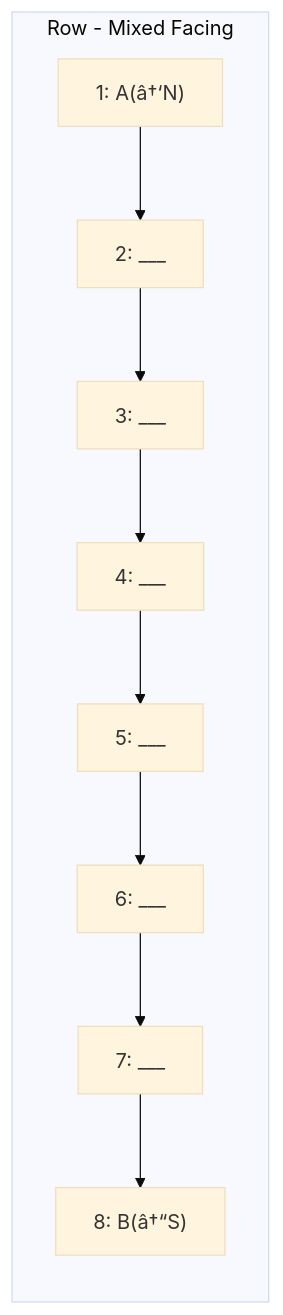
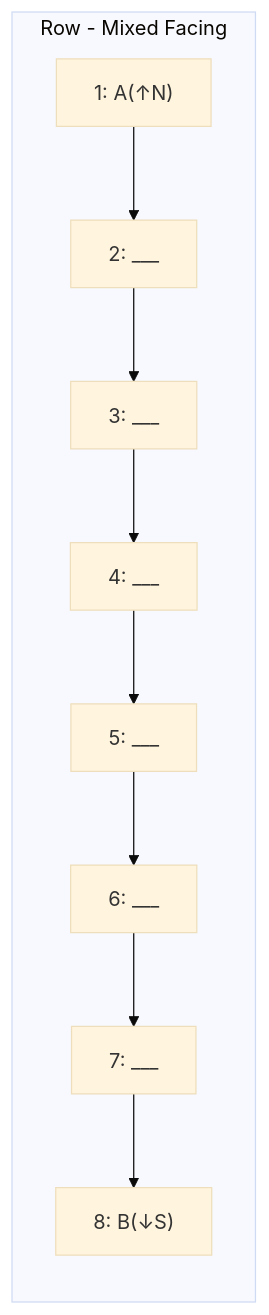
One commit to Raushan666java/ai-engineering-journey changed the sixth of 6 diagrams in docs/courses/reasoning-ability/02-seating-arrangements.md. Above: the diagram before and after it, drawn with Mermaid (base theme). The commit also changed other lines of this file and 965 other files, not shown here.

````diff
--- a/docs/courses/reasoning-ability/02-seating-arrangements.md
+++ b/docs/courses/reasoning-ability/02-seating-arrangements.md
@@ -1205,6 +1205,6 @@
 ```mermaid
 flowchart LR
     subgraph MixedRow[Row - Mixed Facing]
-        P1["1: A(â†‘N)"] --> P2["2: ___"] --> P3["3: ___"] --> P4["4: ___"] --> P5["5: ___"] --> P6["6: ___"] --> P7["7: ___"] --> P8["8: B(â†“S)"]
+        P1["1: A(↑N)"] --> P2["2: ___"] --> P3["3: ___"] --> P4["4: ___"] --> P5["5: ___"] --> P6["6: ___"] --> P7["7: ___"] --> P8["8: B(↓S)"]
     end
 ```
````
